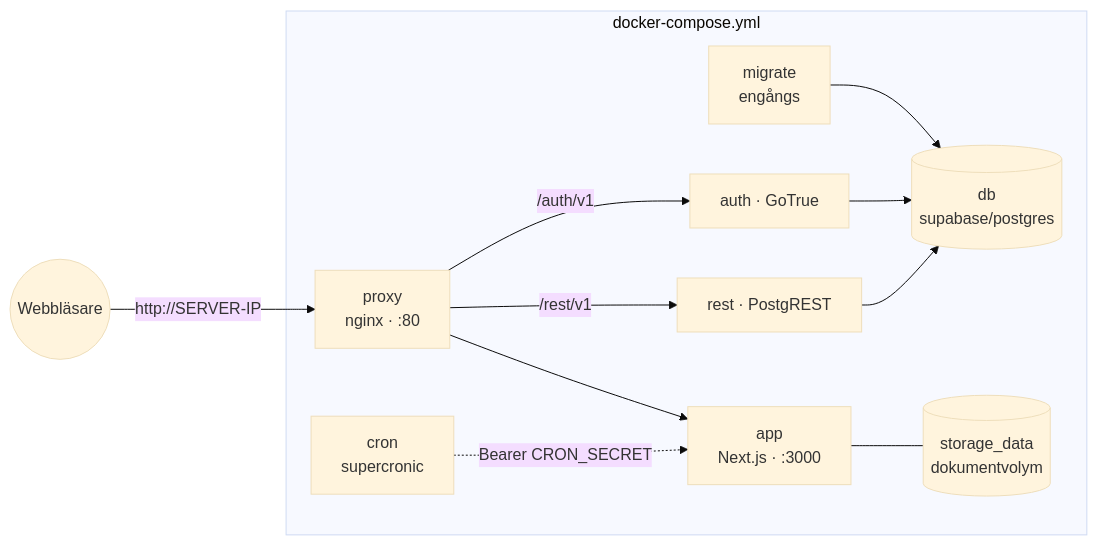
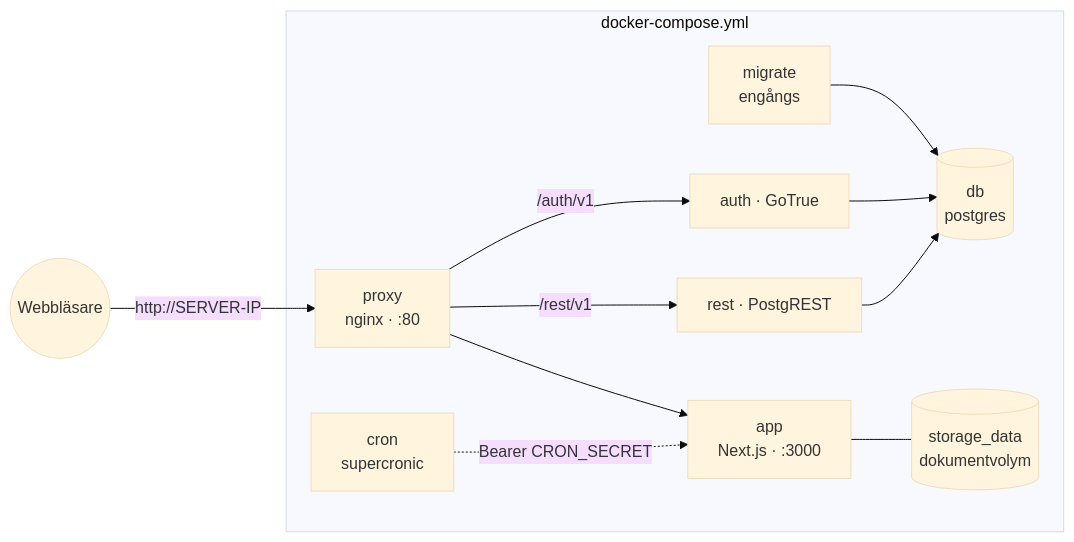
One commit to mews-se/firmabok changed the diagram in docs/SELF-HOSTING.md. Above: the diagram before and after it, drawn with Mermaid (base theme). The commit also changed 9 other files, not shown here.

````diff
--- a/docs/SELF-HOSTING.md
+++ b/docs/SELF-HOSTING.md
@@ -12,24 +12,24 @@
 ```mermaid
 flowchart LR
     user((Webbläsare))
     user -- "http://SERVER-IP" --> nginx
 
     subgraph stack["docker-compose.yml"]
         nginx["proxy<br/>nginx · :80"]
         app["app<br/>Next.js · :3000"]
         cron["cron<br/>supercronic"]
         migrate["migrate<br/>engångs"]
-        db[("db<br/>supabase/postgres")]
+        db[("db<br/>postgres")]
         auth["auth · GoTrue"]
         rest["rest · PostgREST"]
         vol[("storage_data<br/>dokumentvolym")]
 
         nginx --> app
         nginx -- /auth/v1 --> auth
         nginx -- /rest/v1 --> rest
         app --- vol
         cron -. Bearer CRON_SECRET .-> app
         migrate --> db
         auth & rest --> db
     end
 ```
````
